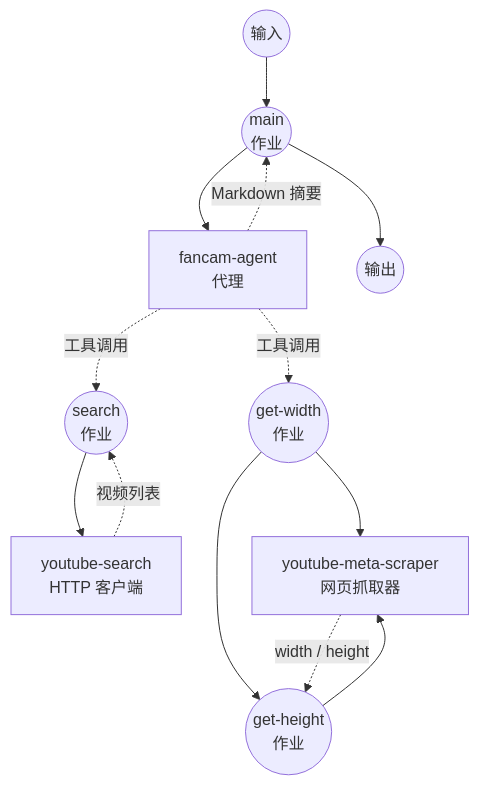
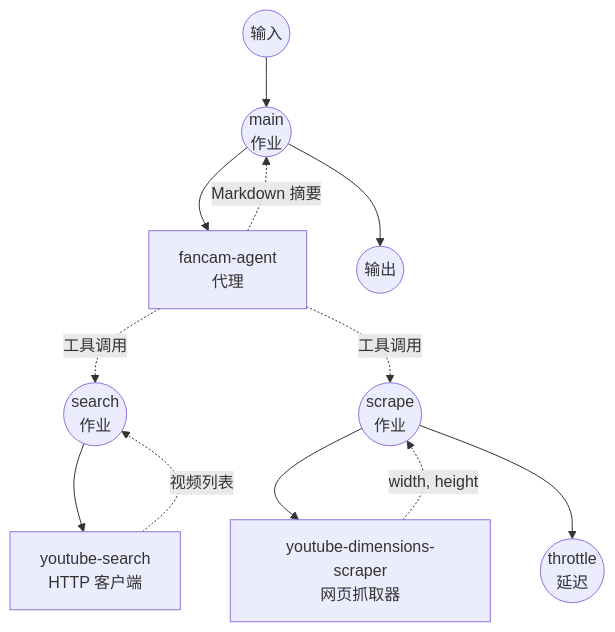
The diagram in examples/agents/kpop-fancam-collector/README.zh-cn.md (hanyeol/model-compose), drawn with Mermaid before and after one commit. The commit also changed other lines of this file and 3 other files, not shown here.

````diff
--- a/examples/agents/kpop-fancam-collector/README.zh-cn.md
+++ b/examples/agents/kpop-fancam-collector/README.zh-cn.md
@@ -141,31 +142,30 @@
 ```mermaid
 graph TD
     %% Jobs (circles)
     JM((main<br/>作业))
     JS((search<br/>作业))
-    JW((get-width<br/>作业))
-    JH((get-height<br/>作业))
+    JD((scrape<br/>作业))
+    JT((throttle<br/>延迟))
 
     %% Components (rectangles)
     CA[fancam-agent<br/>代理]
     CS[youtube-search<br/>HTTP 客户端]
-    CM[youtube-meta-scraper<br/>网页抓取器]
+    CD[youtube-dimensions-scraper<br/>网页抓取器]
 
     %% main workflow
     Input((输入)) --> JM
     JM --> CA
     CA -.-> |Markdown 摘要| JM
     JM --> Output((输出))
 
     %% search-fancams (代理工具)
     CA -.-> |工具调用| JS
     JS --> CS
     CS -.-> |视频列表| JS
 
     %% get-video-dimensions (代理工具)
-    CA -.-> |工具调用| JW
-    JW --> CM
-    JW --> JH
-    JH --> CM
-    CM -.-> |width / height| JH
+    CA -.-> |工具调用| JD
+    JD --> CD
+    CD -.-> |width, height| JD
+    JD --> JT
 ```
````
